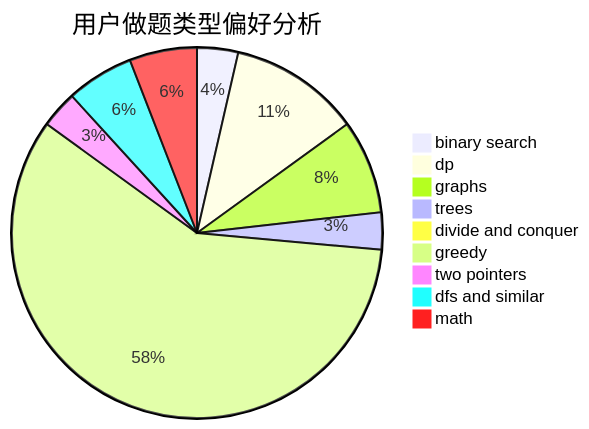
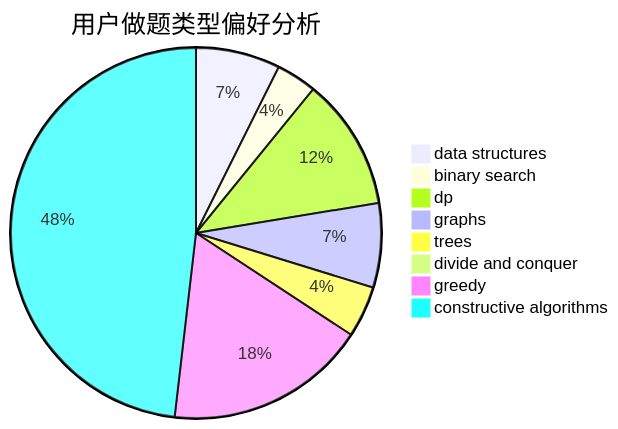
One commit to sherpahu/cfrs.github.io changed the second of 3 diagrams in docs/user/u338.md. Above: the diagram before and after it, drawn with Mermaid. The commit also changed other lines of this file and 2775 other files, not shown here.

````diff
--- a/docs/user/u338.md
+++ b/docs/user/u338.md
@@ -23,12 +23,11 @@
 ```mermaid
 pie title 用户做题类型偏好分析
-    "binary search" :  31
-    "dp" :  99
-    "graphs" :  71
+    "data structures" :  46
+    "binary search" :  22
+    "dp" :  72
+    "graphs" :  46
     "trees" :  28
-    "divide and conquer" :  2
-    "greedy" :  507
-    "two pointers" :  28
-    "dfs and similar" :  51
-    "math" :  51
+    "divide and conquer" :  0
+    "greedy" :  110
+    "constructive algorithms" :  301
 ```
````
